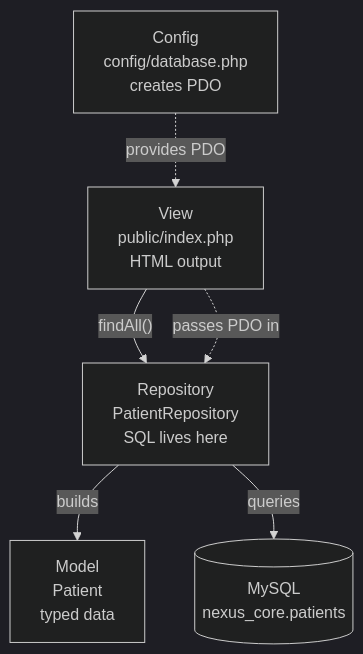
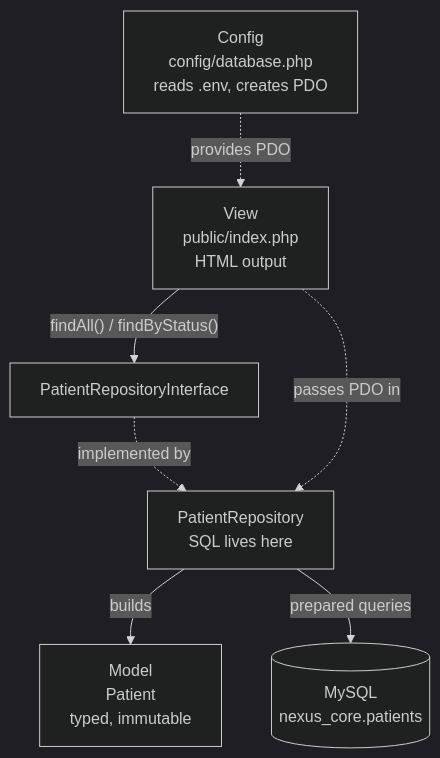
The first of 6 diagrams in README.md (JoshuaOmosa/NexusCore), drawn with Mermaid (dark theme) before and after one commit. The commit also changed other lines of this file and 14 other files, not shown here.

First line of the commit message:
refactor: env-based config, repository interface, prepared queries, tests

````diff
--- a/README.md
+++ b/README.md
@@ -49,14 +52,16 @@
 ```mermaid
 flowchart TD
     V["View<br/>public/index.php<br/>HTML output"]
-    R["Repository<br/>PatientRepository<br/>SQL lives here"]
-    M["Model<br/>Patient<br/>typed data"]
+    I["PatientRepositoryInterface"]
+    R["PatientRepository<br/>SQL lives here"]
+    M["Model<br/>Patient<br/>typed, immutable"]
     D[("MySQL<br/>nexus_core.patients")]
-    C["Config<br/>config/database.php<br/>creates PDO"]
+    C["Config<br/>config/database.php<br/>reads .env, creates PDO"]
 
-    V -->|"findAll()"| R
+    V -->|"findAll() / findByStatus()"| I
+    I -.->|"implemented by"| R
     R -->|"builds"| M
-    R -->|"queries"| D
+    R -->|"prepared queries"| D
     C -.->|"provides PDO"| V
     V -.->|"passes PDO in"| R
 ```
````
